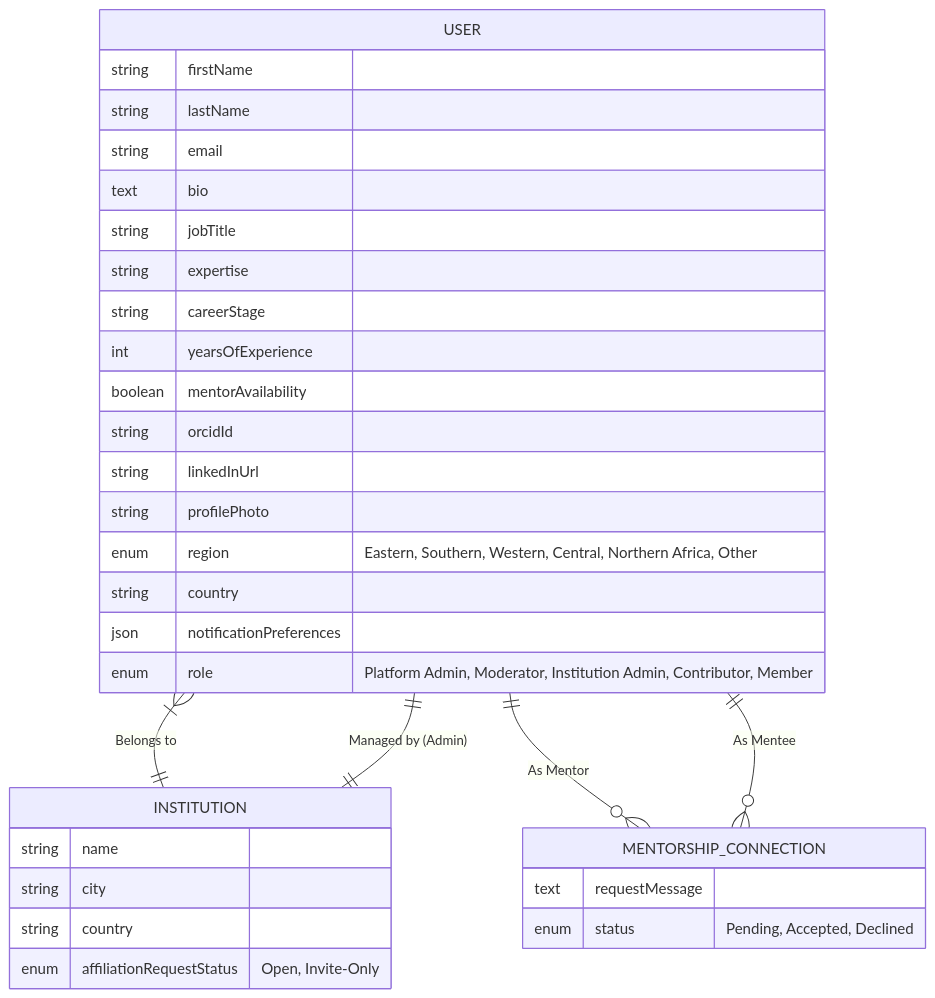
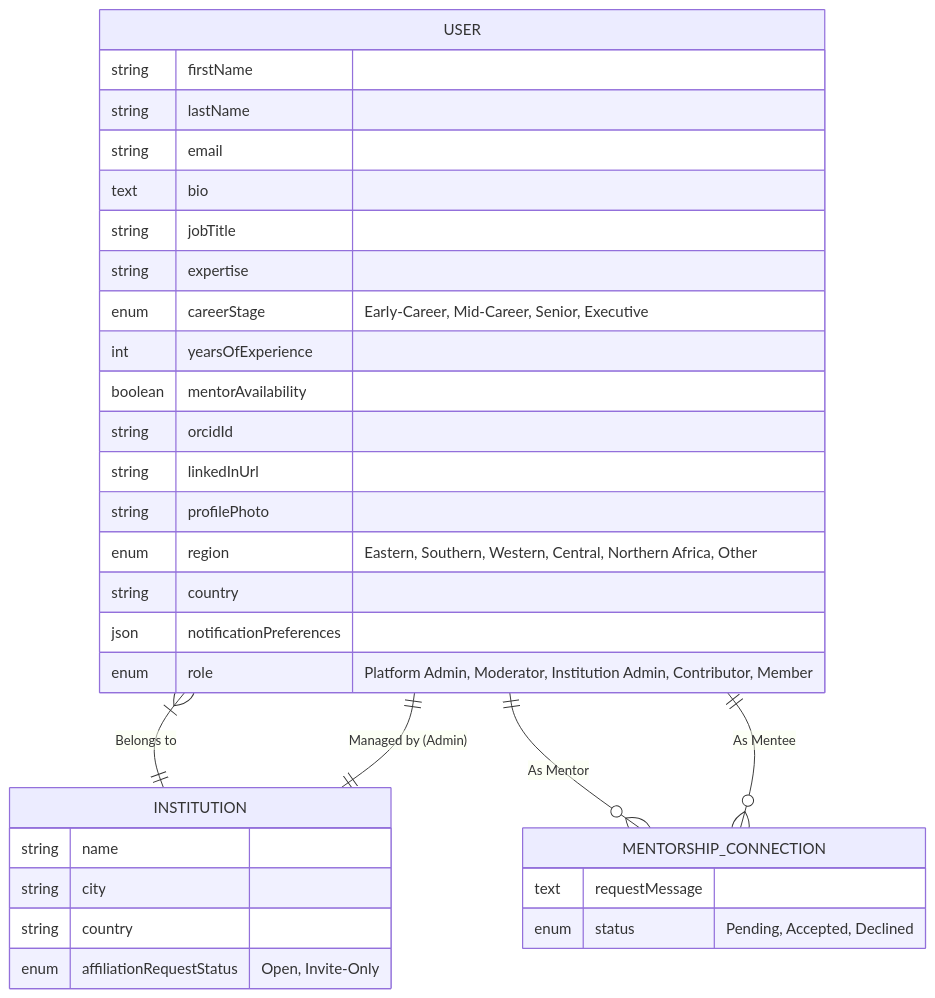
The second of 4 diagrams in agent_docs/architecture.md (akvo/science-for-africa), drawn with Mermaid before and after one commit. The commit also changed other lines of this file, not shown here.

Commit message:
[#2] docs(architecture): align ERD with Figma site map and Google Doc specifications

````diff
--- a/agent_docs/architecture.md
+++ b/agent_docs/architecture.md
@@ -174,40 +189,40 @@
 ```mermaid
 erDiagram
     %% Core Users & Institutions
     USER {
         string firstName
         string lastName
         string email
         text bio
         string jobTitle
         string expertise
-        string careerStage
+        enum careerStage "Early-Career, Mid-Career, Senior, Executive"
         int yearsOfExperience
         boolean mentorAvailability
         string orcidId
         string linkedInUrl
         string profilePhoto
         enum region "Eastern, Southern, Western, Central, Northern Africa, Other"
         string country
         json notificationPreferences
         enum role "Platform Admin, Moderator, Institution Admin, Contributor, Member"
     }
 
     INSTITUTION {
         string name
         string city
         string country
         enum affiliationRequestStatus "Open, Invite-Only"
     }
 
     MENTORSHIP_CONNECTION {
         text requestMessage
         enum status "Pending, Accepted, Declined"
     }
 
     %% Relationships
     USER }|--|| INSTITUTION : "Belongs to"
     INSTITUTION ||--|| USER : "Managed by (Admin)"
     USER ||--o{ MENTORSHIP_CONNECTION : "As Mentor"
     USER ||--o{ MENTORSHIP_CONNECTION : "As Mentee"
 ```
````
